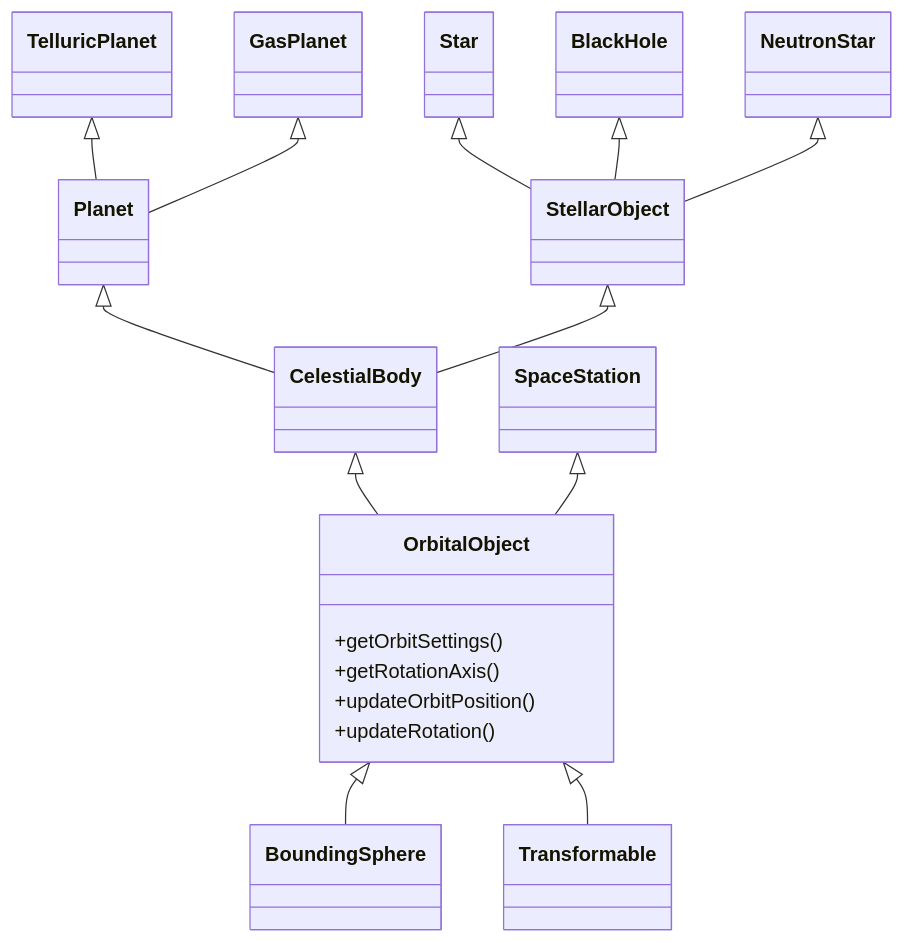
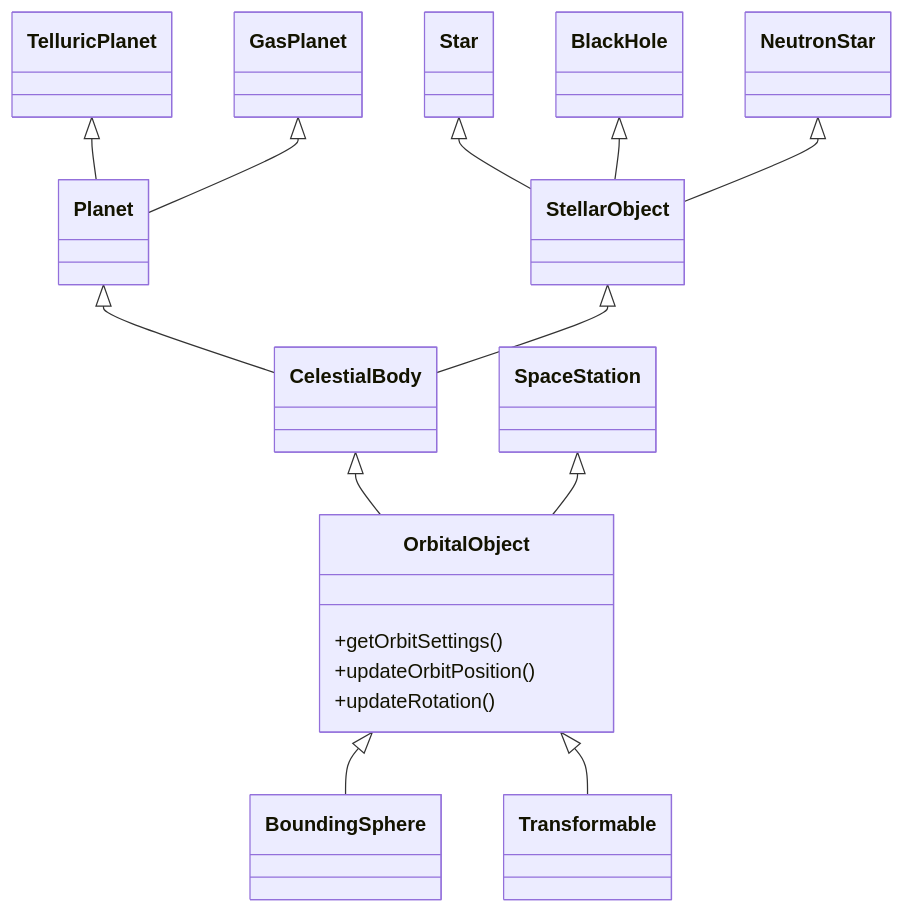
Before and after one commit to BarthPaleologue/CosmosJourneyer: the second of 2 diagrams in ARCHITECTURE.md, drawn with Mermaid. The commit also changed 12 other files, not shown here.

First line of the commit message:
Remove getRotationAxis from orbital objects

````diff
--- a/ARCHITECTURE.md
+++ b/ARCHITECTURE.md
@@ -60,23 +60,22 @@
 ```mermaid
 
 classDiagram
     class OrbitalObject {
         +getOrbitSettings()
-        +getRotationAxis()
         +updateOrbitPosition()
         +updateRotation()
     }
 
     TelluricPlanet <|-- Planet
     GasPlanet <|-- Planet
     Star <|-- StellarObject
     BlackHole <|-- StellarObject
     NeutronStar <|-- StellarObject
     Planet <|-- CelestialBody
     StellarObject <|-- CelestialBody
     CelestialBody <|-- OrbitalObject
     SpaceStation <|-- OrbitalObject
     OrbitalObject <|-- BoundingSphere
     OrbitalObject <|-- Transformable
 
 ```
````
